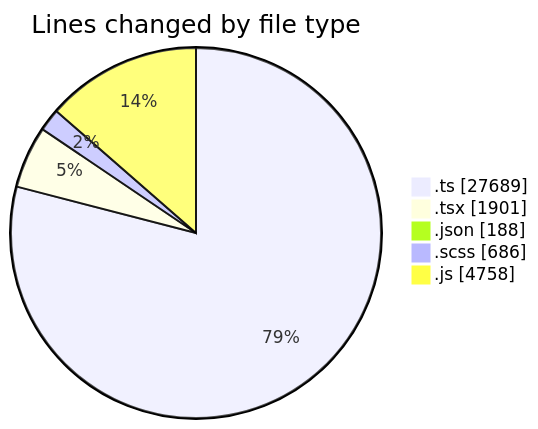
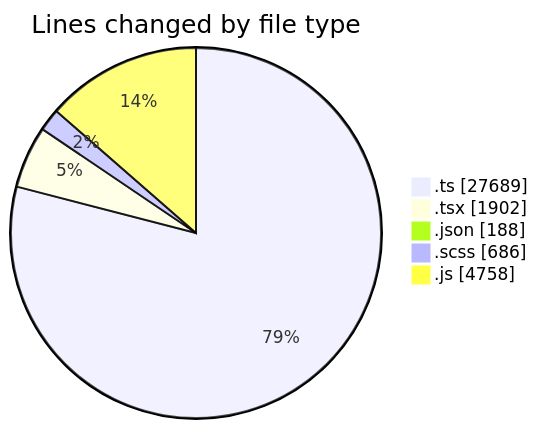
Before and after one commit to momahboobian/code-tracking: the first of 2 diagrams in 2026-05-07/cda/README.md, drawn with Mermaid. The commit also changed other lines of this file and 1 other file, not shown here.

````diff
--- a/2026-05-07/cda/README.md
+++ b/2026-05-07/cda/README.md
@@ -46,9 +46,9 @@
 ```mermaid
 pie showData
 title Lines changed by file type
 ".ts" : 27689
-".tsx" : 1901
+".tsx" : 1902
 ".json" : 188
 ".scss" : 686
 ".js" : 4758
 ```
````
